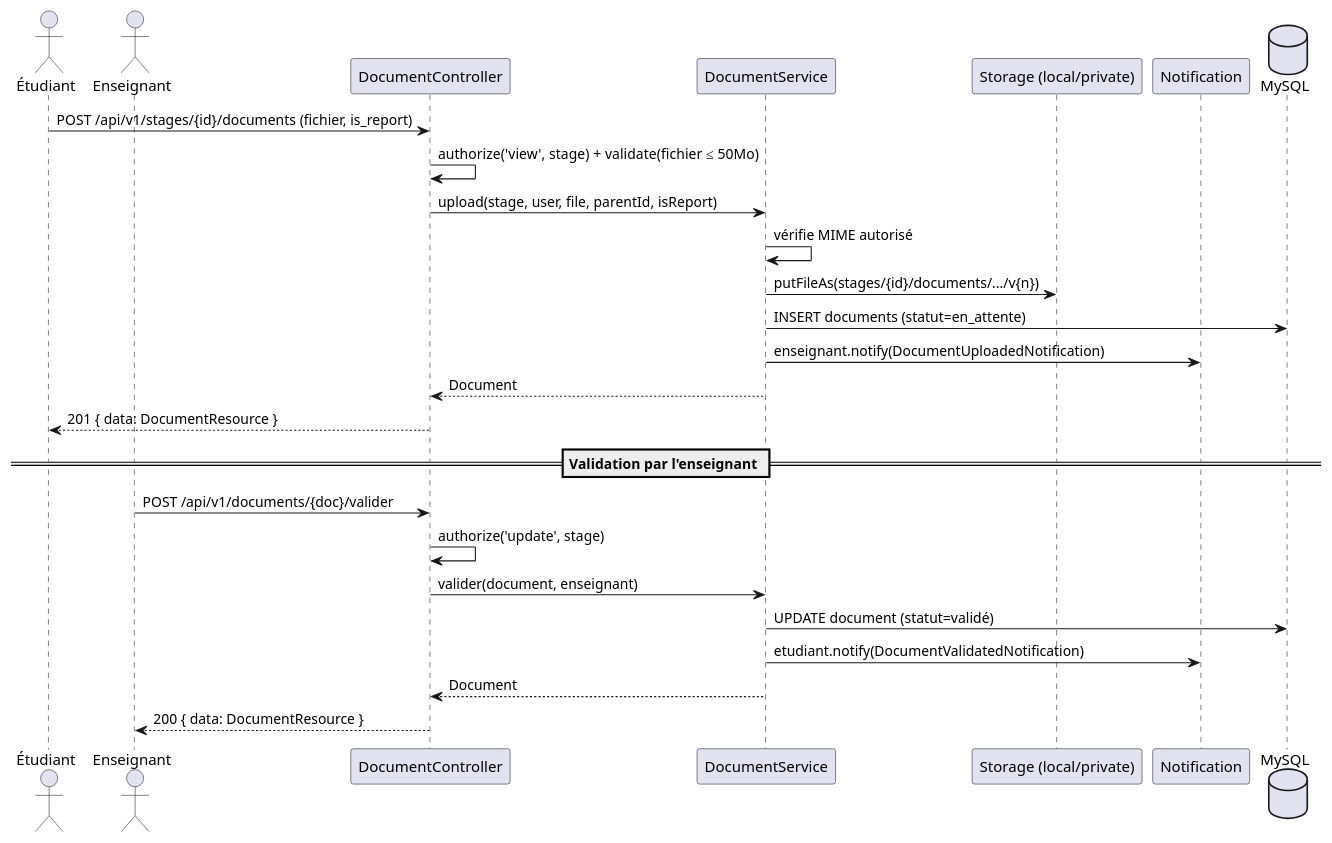
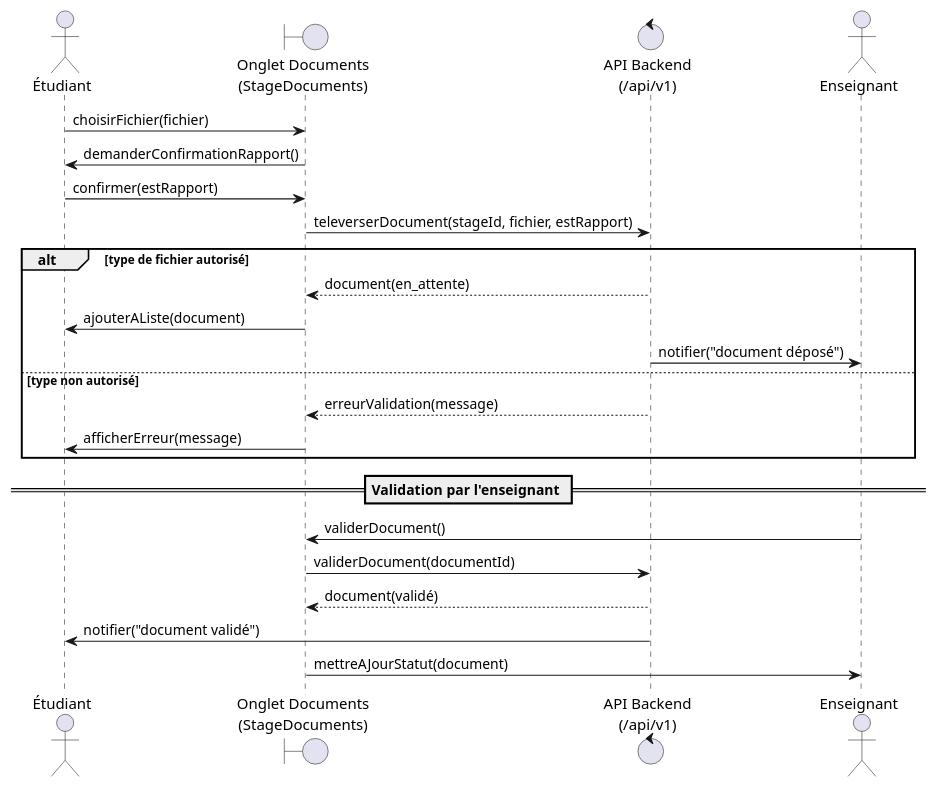
Before and after one commit to CyberCodeCracker/pfa: the fourth of 5 diagrams in SPRINT_2_Gestion_de_Stage.md, drawn with PlantUML. The commit also changed other lines of this file and 8 other files, not shown here.

Commit message:
Improved stage creation ux by tying selected niveau etude with the internship type

````diff
--- a/SPRINT_2_Gestion_de_Stage.md
+++ b/SPRINT_2_Gestion_de_Stage.md
@@ -294,30 +284,28 @@
 ```plantuml
 @startuml SEQ_Sprint2_Document
 actor "Étudiant" as Etu
+boundary "Onglet Documents\n(StageDocuments)" as Docs
+control "API Backend\n(/api/v1)" as API
 actor Enseignant as Ens
-participant "DocumentController" as Ctrl
-participant "DocumentService" as Svc
-participant "Storage (local/private)" as FS
-participant "Notification" as Notif
-database "MySQL" as DB
 
-Etu -> Ctrl : POST /api/v1/stages/{id}/documents (fichier, is_report)
-Ctrl -> Ctrl : authorize('view', stage) + validate(fichier ≤ 50Mo)
-Ctrl -> Svc : upload(stage, user, file, parentId, isReport)
-Svc -> Svc : vérifie MIME autorisé
-Svc -> FS : putFileAs(stages/{id}/documents/.../v{n})
-Svc -> DB : INSERT documents (statut=en_attente)
-Svc -> Notif : enseignant.notify(DocumentUploadedNotification)
-Svc --> Ctrl : Document
-Ctrl --> Etu : 201 { data: DocumentResource }
+Etu -> Docs : choisirFichier(fichier)
+Docs -> Etu : demanderConfirmationRapport()
+Etu -> Docs : confirmer(estRapport)
+Docs -> API : televerserDocument(stageId, fichier, estRapport)
+alt type de fichier autorisé
+  API --> Docs : document(en_attente)
+  Docs -> Etu : ajouterAListe(document)
+  API -> Ens : notifier("document déposé")
+else type non autorisé
+  API --> Docs : erreurValidation(message)
+  Docs -> Etu : afficherErreur(message)
+end
 
 == Validation par l'enseignant ==
-Ens -> Ctrl : POST /api/v1/documents/{doc}/valider
-Ctrl -> Ctrl : authorize('update', stage)
-Ctrl -> Svc : valider(document, enseignant)
-Svc -> DB : UPDATE document (statut=validé)
-Svc -> Notif : etudiant.notify(DocumentValidatedNotification)
-Svc --> Ctrl : Document
-Ctrl --> Ens : 200 { data: DocumentResource }
+Ens -> Docs : validerDocument()
+Docs -> API : validerDocument(documentId)
+API --> Docs : document(validé)
+API -> Etu : notifier("document validé")
+Docs -> Ens : mettreAJourStatut(document)
 @enduml
 ```
````
